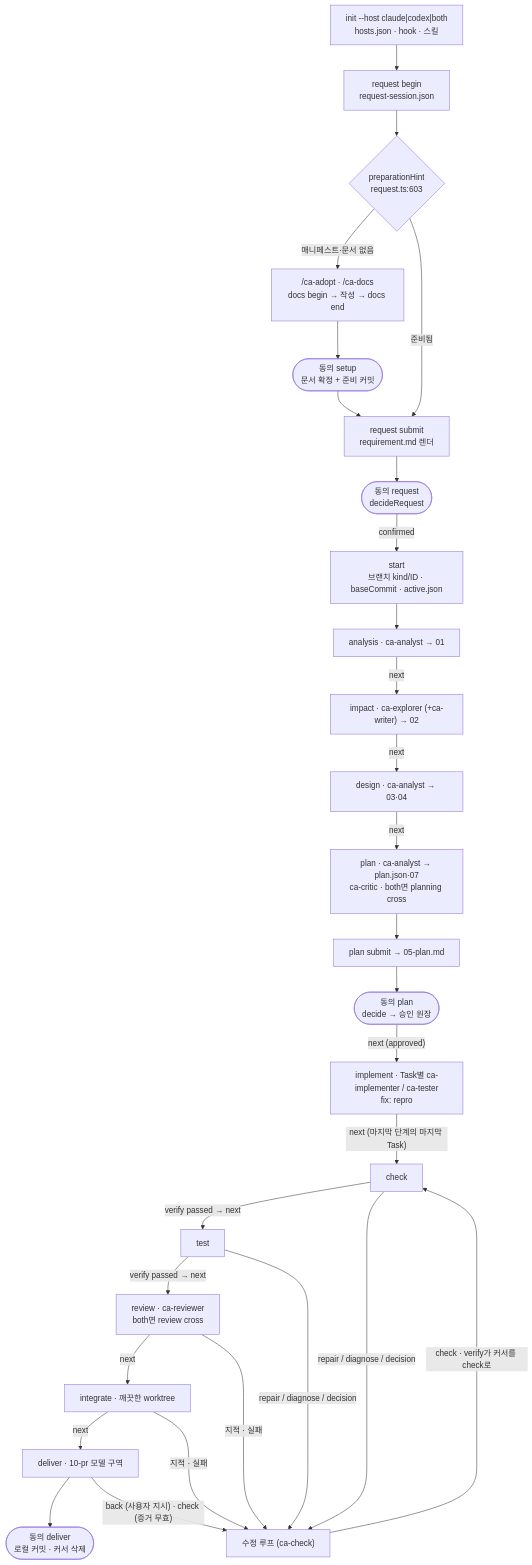
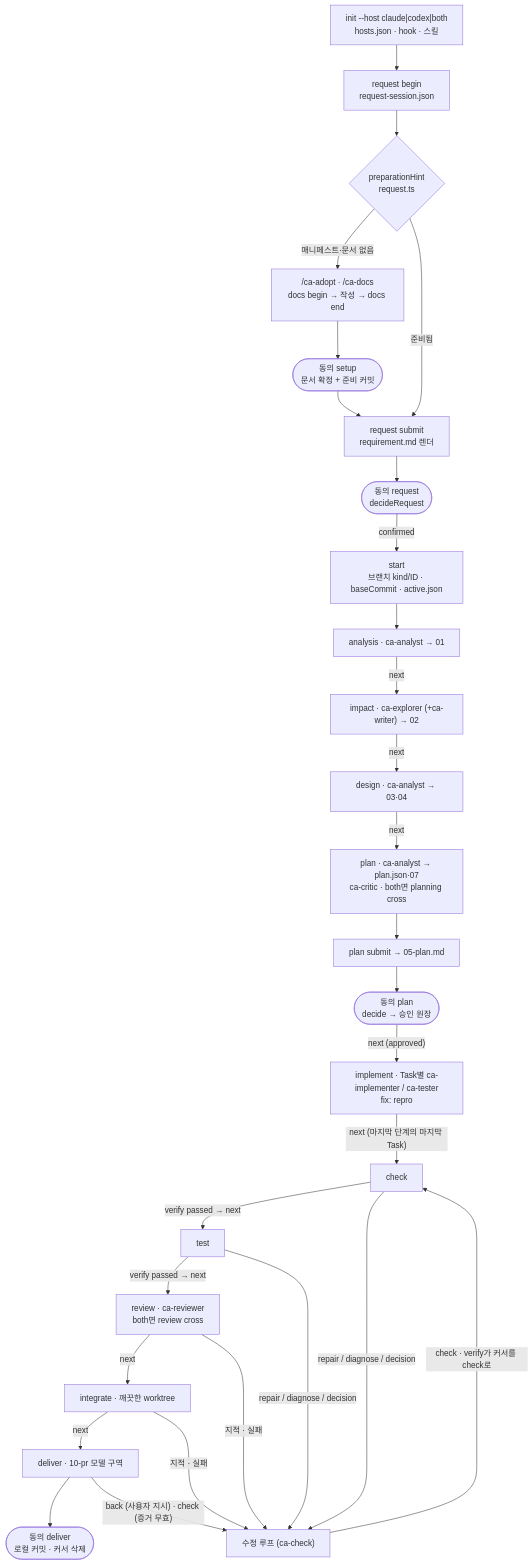
One commit to collenkim/code-agent changed the first of 3 diagrams in doc/process-flow.md. Above: the diagram before and after it, drawn with Mermaid. The commit also changed other lines of this file and 22 other files, not shown here.

````diff
--- a/doc/process-flow.md
+++ b/doc/process-flow.md
@@ -51,28 +51,28 @@
 ```mermaid
 flowchart TD
   INIT["init --host claude|codex|both<br/>hosts.json · hook · 스킬"] --> RB["request begin<br/>request-session.json"]
-  RB --> PREP{"preparationHint<br/>request.ts:603"}
+  RB --> PREP{"preparationHint<br/>request.ts"}
   PREP -- "매니페스트·문서 없음" --> DOCS["/ca-adopt · /ca-docs<br/>docs begin → 작성 → docs end"]
   DOCS --> SETUP(["동의 setup<br/>문서 확정 + 준비 커밋"])
   SETUP --> RS
   PREP -- "준비됨" --> RS["request submit<br/>requirement.md 렌더"]
   RS --> RQ(["동의 request<br/>decideRequest"])
   RQ -- "confirmed" --> ST["start<br/>브랜치 kind/ID · baseCommit · active.json"]
   ST --> AN["analysis · ca-analyst → 01"]
   AN -- "next" --> IM["impact · ca-explorer (+ca-writer) → 02"]
   IM -- "next" --> DE["design · ca-analyst → 03·04"]
   DE -- "next" --> PL["plan · ca-analyst → plan.json·07<br/>ca-critic · both면 planning cross"]
   PL --> PS["plan submit → 05-plan.md"]
   PS --> PA(["동의 plan<br/>decide → 승인 원장"])
   PA -- "next (approved)" --> IMP["implement · Task별 ca-implementer / ca-tester<br/>fix: repro"]
   IMP -- "next (마지막 단계의 마지막 Task)" --> CK["check"]
   CK -- "verify passed → next" --> TS["test"]
   TS -- "verify passed → next" --> RV["review · ca-reviewer<br/>both면 review cross"]
   RV -- "next" --> IN["integrate · 깨끗한 worktree"]
   IN -- "next" --> DL["deliver · 10-pr 모델 구역"]
   DL --> DC(["동의 deliver<br/>로컬 커밋 · 커서 삭제"])
   CK & TS -- "repair / diagnose / decision" --> FIX["수정 루프 (ca-check)"]
   RV & IN -- "지적 · 실패" --> FIX
   FIX -- "check · verify가 커서를 check로" --> CK
   DL -- "back (사용자 지시) · check (증거 무효)" --> FIX
 ```
````
